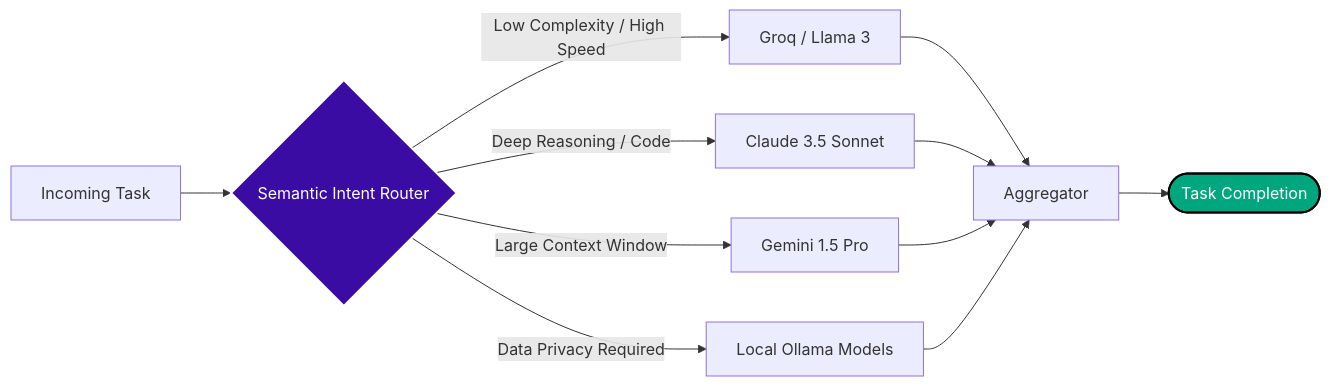
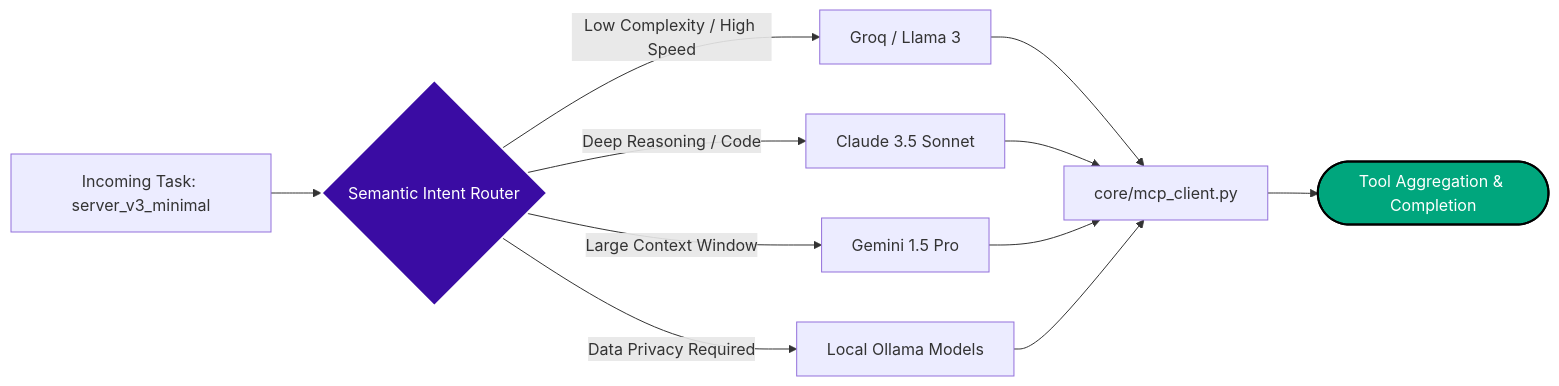
Before and after one commit to SIXxMENDER/Psiquis-X: the diagram in docs/architecture/cortex-router.md, drawn with Mermaid. The commit also changed 12 other files, not shown here.

First line of the commit message:
feat: Enterprise architecture upgrade

````diff
--- a/docs/architecture/cortex-router.md
+++ b/docs/architecture/cortex-router.md
@@ -11,18 +11,19 @@
 ```mermaid
 flowchart LR
-    A[Incoming Task] --> B{Semantic Intent Router}
+    A[Incoming Task: server_v3_minimal] --> B{Semantic Intent Router}
     
     B -- "Low Complexity / High Speed" --> C[Groq / Llama 3]
     B -- "Deep Reasoning / Code" --> D[Claude 3.5 Sonnet]
     B -- "Large Context Window" --> E[Gemini 1.5 Pro]
     B -- "Data Privacy Required" --> F[Local Ollama Models]
     
-    C --> G[Aggregator]
+    C --> G[core/mcp_client.py]
     D --> G
     E --> G
     F --> G
-    G --> H([Task Completion])
+    
+    G --> H([Tool Aggregation & Completion])
 
     style B fill:#3a0ca3,stroke:#fff,stroke-width:2px,color:#fff
     style H fill:#00a67d,stroke:#000,stroke-width:2px,color:#fff
 ```
````
